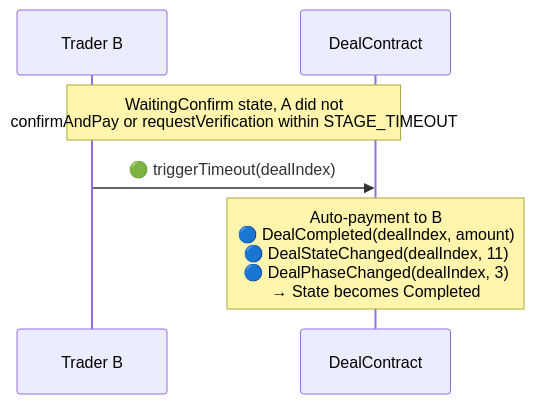
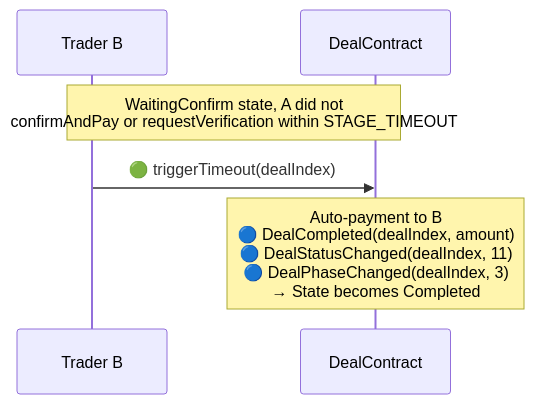
Before and after one commit to synctxai/synctx: the fifth of 9 diagrams in examples/x-quote/x-quote-design.md, drawn with Mermaid. The commit also changed other lines of this file and 8 other files, not shown here.

First line of the commit message:
rename DealStateChanged to DealStatusChanged for consistency with DealStatus

````diff
--- a/examples/x-quote/x-quote-design.md
+++ b/examples/x-quote/x-quote-design.md
@@ -373,9 +373,9 @@
 ```mermaid
 sequenceDiagram
     participant B as Trader B
     participant D as DealContract
 
     Note over B,D: WaitingConfirm state, A did not<br/>confirmAndPay or requestVerification within STAGE_TIMEOUT
     B->>D: 🟢 triggerTimeout(dealIndex)
-    Note over D: Auto-payment to B<br/>🔵 DealCompleted(dealIndex, amount)<br/>🔵 DealStateChanged(dealIndex, 11)<br/>🔵 DealPhaseChanged(dealIndex, 3)<br/>→ State becomes Completed
+    Note over D: Auto-payment to B<br/>🔵 DealCompleted(dealIndex, amount)<br/>🔵 DealStatusChanged(dealIndex, 11)<br/>🔵 DealPhaseChanged(dealIndex, 3)<br/>→ State becomes Completed
 ```
````
